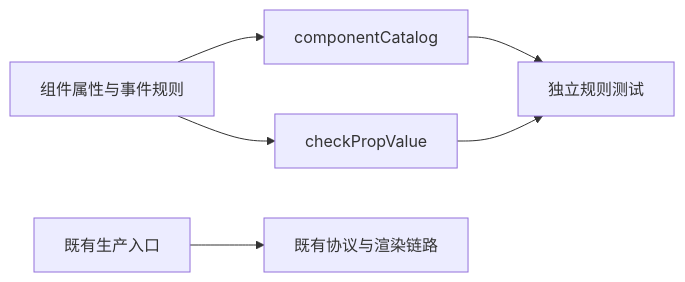
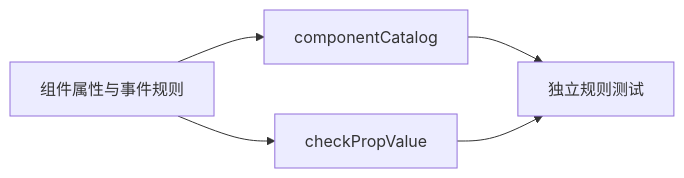
Before and after one commit to openJiuwen-ai/jiuwenswarm: the diagram in jiuwenswarm/channels/web/frontend/src/features/webui/docs/features/F_01_antd-components.md, drawn with Mermaid. The commit also changed other lines of this file and 27 other files, not shown here.

````diff
--- a/jiuwenswarm/channels/web/frontend/src/features/webui/docs/features/F_01_antd-components.md
+++ b/jiuwenswarm/channels/web/frontend/src/features/webui/docs/features/F_01_antd-components.md
@@ -19,8 +15,7 @@
 ```mermaid
 flowchart LR
     Rules[组件属性与事件规则] --> Catalog[componentCatalog]
     Rules --> Check[checkPropValue]
     Catalog --> Tests[独立规则测试]
     Check --> Tests
-    Legacy[既有生产入口] --> Existing[既有协议与渲染链路]
 ```
````
